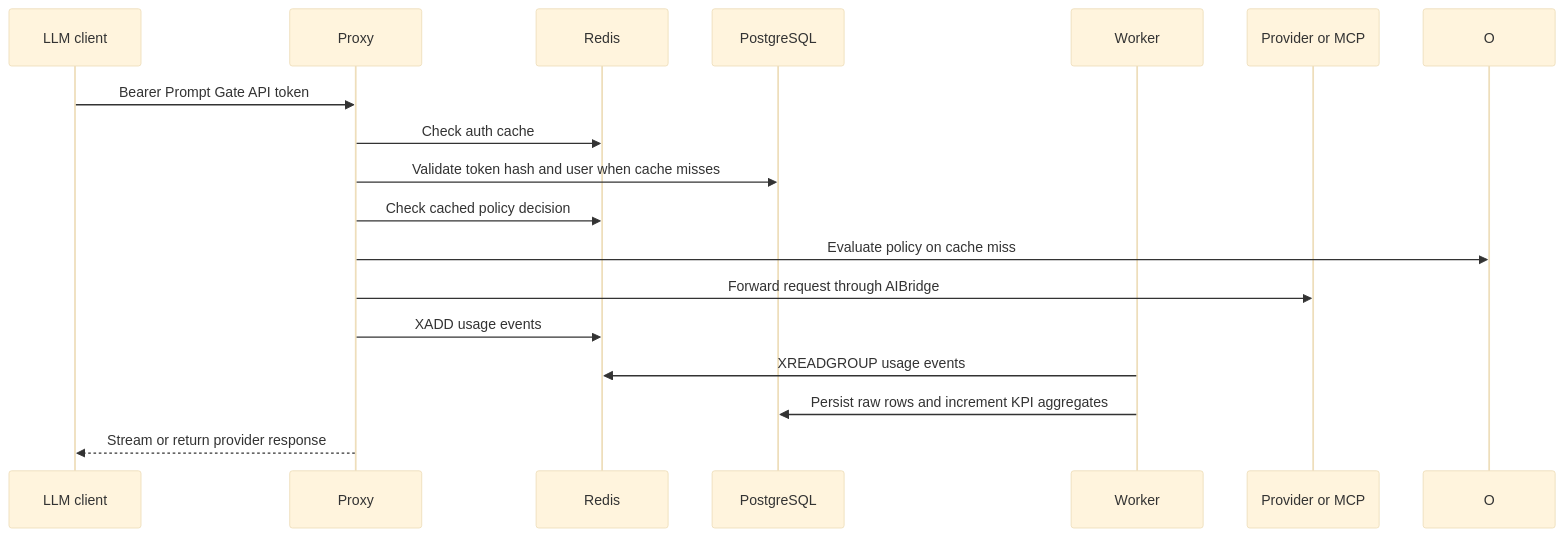
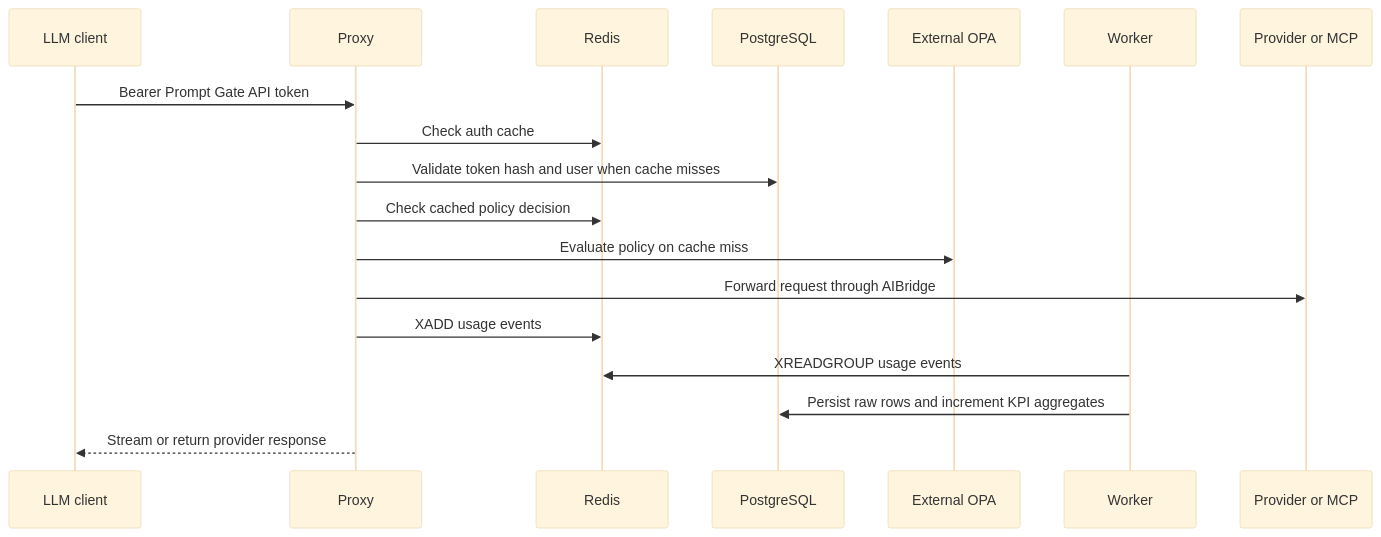
The third of 4 diagrams in docs/architecture.md (thomas-illiet/prompt-gate), drawn with Mermaid (base theme) before and after one commit. The commit also changed 15 other files, not shown here.

````diff
--- a/docs/architecture.md
+++ b/docs/architecture.md
@@ -109,20 +108,21 @@
 ```mermaid
 sequenceDiagram
     participant C as LLM client
     participant P as Proxy
     participant R as Redis
     participant D as PostgreSQL
+    participant O as External OPA
     participant W as Worker
     participant U as Provider or MCP
 
     C->>P: Bearer Prompt Gate API token
     P->>R: Check auth cache
     P->>D: Validate token hash and user when cache misses
     P->>R: Check cached policy decision
     P->>O: Evaluate policy on cache miss
     P->>U: Forward request through AIBridge
     P->>R: XADD usage events
     W->>R: XREADGROUP usage events
     W->>D: Persist raw rows and increment KPI aggregates
     P-->>C: Stream or return provider response
 ```
````
